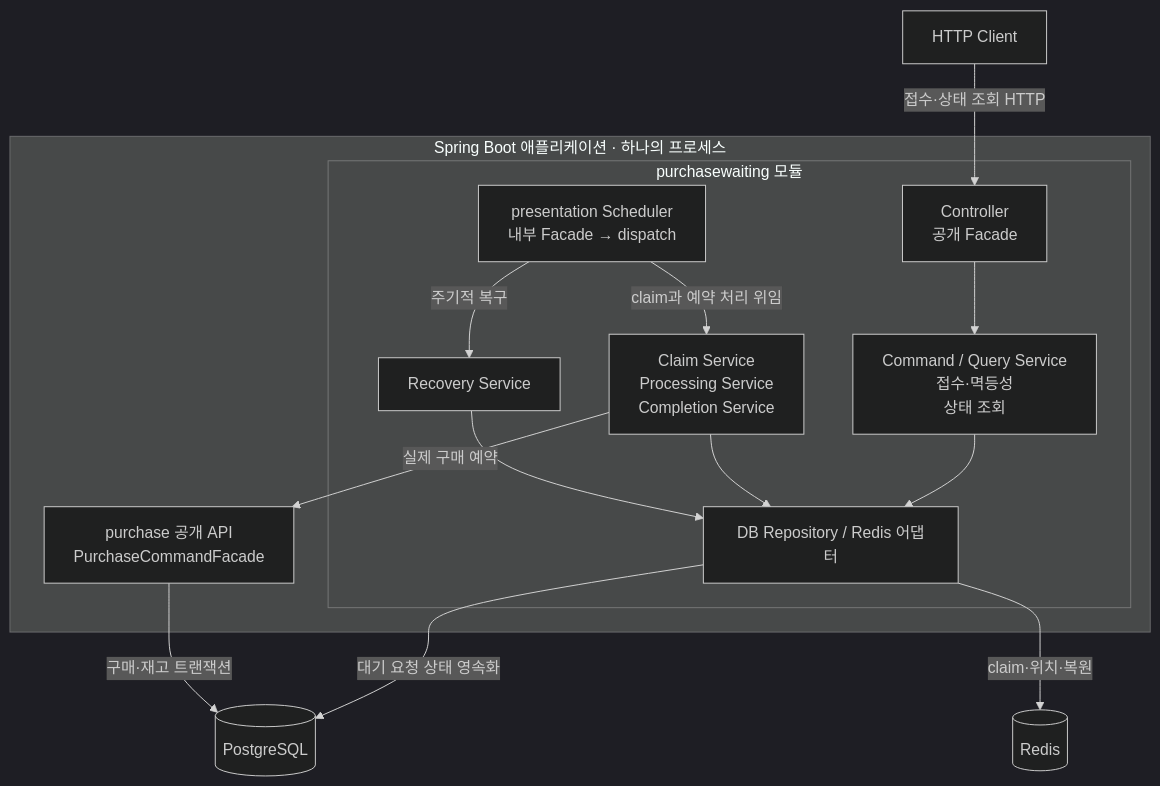
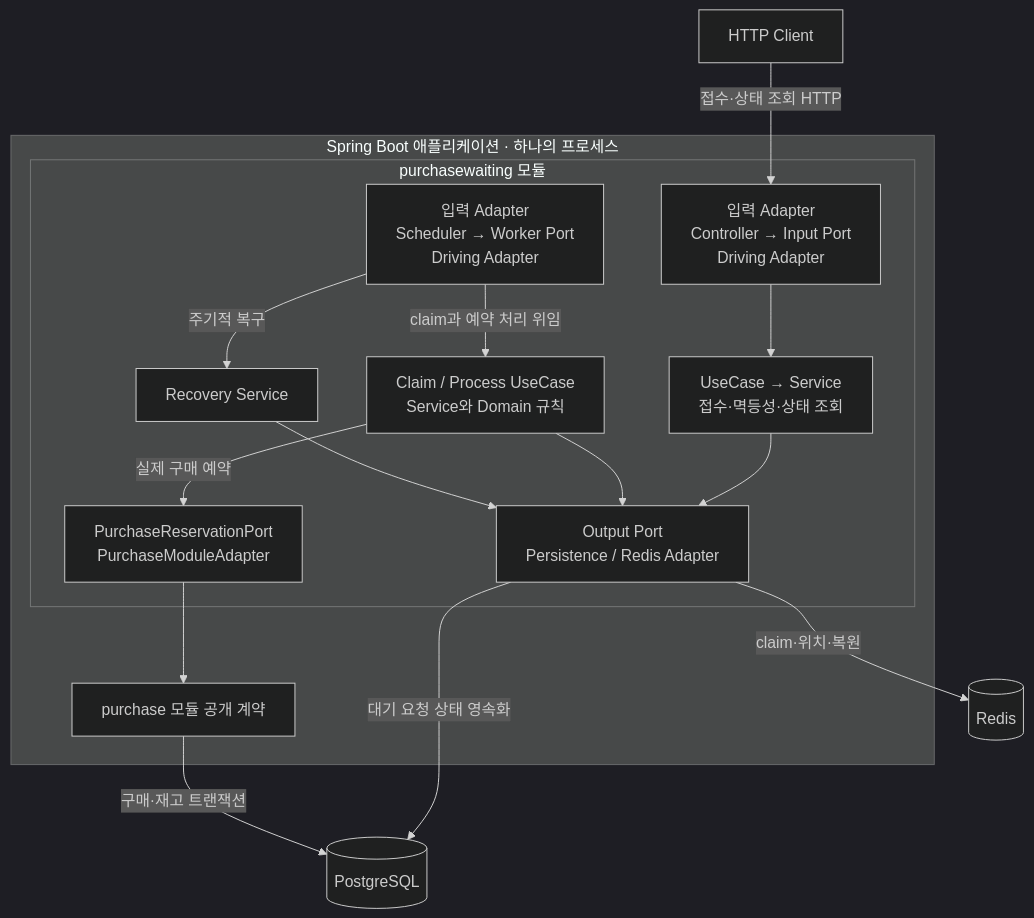
The diagram in docs/architecture/purchase-waiting.md (DevelopHeon/limited-ticketing), drawn with Mermaid (dark theme) before and after one commit. The commit also changed other lines of this file and 127 other files, not shown here.

````diff
--- a/docs/architecture/purchase-waiting.md
+++ b/docs/architecture/purchase-waiting.md
@@ -29,28 +29,30 @@
 ```mermaid
 flowchart TB
     client["HTTP Client"]
     subgraph app["Spring Boot 애플리케이션 · 하나의 프로세스"]
         subgraph waiting["purchasewaiting 모듈"]
-            http["Controller<br/>공개 Facade"]
-            command["Command / Query Service<br/>접수·멱등성<br/>상태 조회"]
-            worker["presentation Scheduler<br/>내부 Facade → dispatch"]
-            process["Claim Service<br/>Processing Service<br/>Completion Service"]
+            http["입력 Adapter<br/>Controller → Input Port<br/>Driving Adapter"]
+            command["UseCase → Service<br/>접수·멱등성·상태 조회"]
+            worker["입력 Adapter<br/>Scheduler → Worker Port<br/>Driving Adapter"]
+            process["Claim / Process UseCase<br/>Service와 Domain 규칙"]
             recovery["Recovery Service"]
-            adapters["DB Repository / Redis 어댑터"]
+            adapters["Output Port<br/>Persistence / Redis Adapter"]
             http --> command
             command --> adapters
             worker -->|"claim과 예약 처리 위임"| process
             worker -->|"주기적 복구"| recovery
             process --> adapters
             recovery --> adapters
+            purchaseAdapter["PurchaseReservationPort<br/>PurchaseModuleAdapter"]
+            process -->|"실제 구매 예약"| purchaseAdapter
         end
-        purchase["purchase 공개 API<br/>PurchaseCommandFacade"]
-        process -->|"실제 구매 예약"| purchase
+        purchase["purchase 모듈 공개 계약"]
+        purchaseAdapter --> purchase
     end
     client -->|"접수·상태 조회 HTTP"| http
     db[("PostgreSQL")]
     redis[("Redis")]
     adapters -->|"대기 요청 상태 영속화"| db
     adapters -->|"claim·위치·복원"| redis
     purchase -->|"구매·재고 트랜잭션"| db
 ```
````
